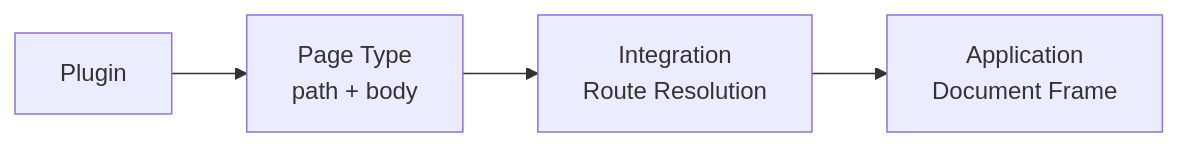
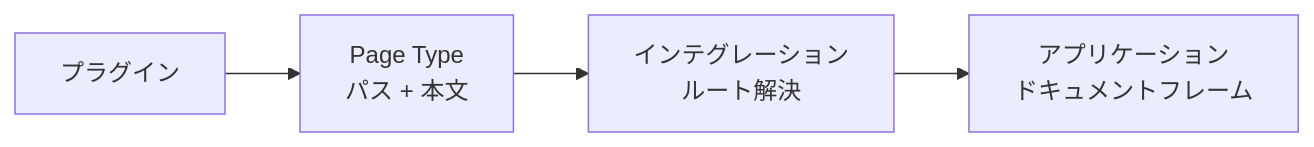
Before and after one commit to Rerurate514/riebeckite: the fifth of 7 diagrams in docs/docs/framework/architecture.ja.md, drawn with Mermaid. The commit also changed other lines of this file and 310 other files, not shown here.

````diff
--- a/docs/docs/framework/architecture.ja.md
+++ b/docs/docs/framework/architecture.ja.md
@@ -348,11 +297,11 @@
 ```mermaid id="cs3lxy"
 flowchart LR
-    Plugin["Plugin"]
-    Page["Page Type<br/>path + body"]
-    Integration["Integration<br/>Route Resolution"]
-    Frame["Application<br/>Document Frame"]
+    Plugin["プラグイン"]
+    Page["Page Type<br/>パス + 本文"]
+    Integration["インテグレーション<br/>ルート解決"]
+    Frame["アプリケーション<br/>ドキュメントフレーム"]
 
     Plugin --> Page
     Page --> Integration
     Integration --> Frame
 ```
````
